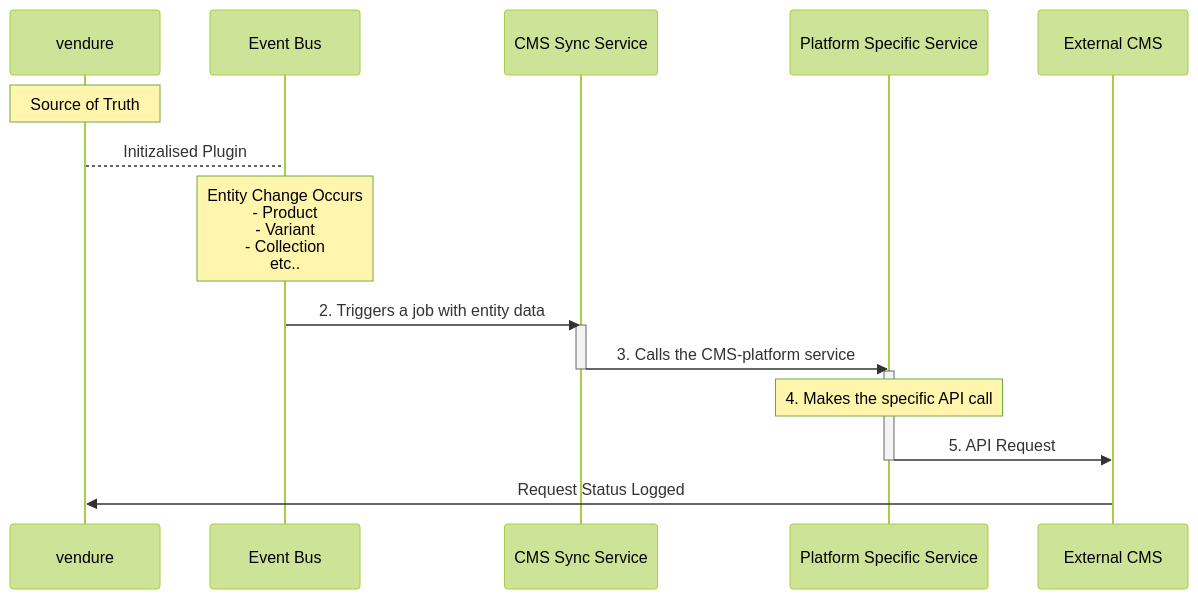
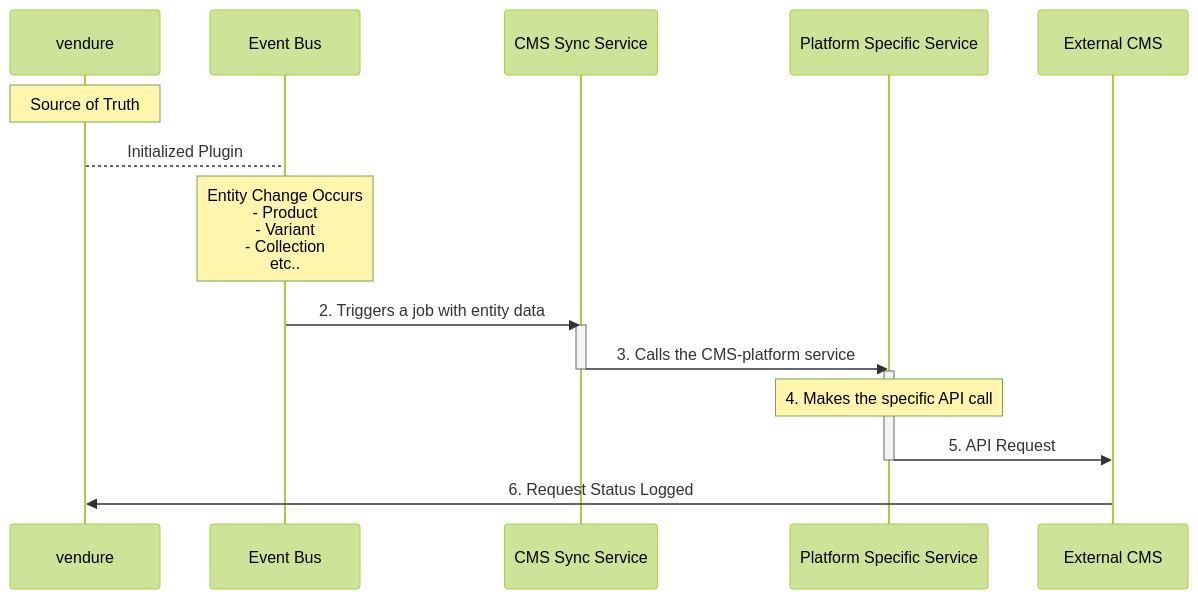
One commit to MarieHasson/novara-commerce changed the diagram in docs/docs/guides/how-to/cms-integration-plugin/index.mdx. Above: the diagram before and after it, drawn with Mermaid (forest theme).

Commit message:
docs: Fix Typo

````diff
--- a/docs/docs/guides/how-to/cms-integration-plugin/index.mdx
+++ b/docs/docs/guides/how-to/cms-integration-plugin/index.mdx
@@ -48,28 +48,28 @@
 ```mermaid
 
 sequenceDiagram
     participant vendure as vendure
     participant Bus as Event Bus
     participant Sync as CMS Sync Service
     participant Platform as Platform Specific Service
     participant CMS as External CMS
 
     Note over vendure: Source of Truth
 
-    vendure --> Bus: Initizalised Plugin
+    vendure --> Bus: Initialized Plugin
 
     Note over Bus: Entity Change Occurs<br/> - Product<br/> - Variant<br/> - Collection<br/>etc..
 
     Bus->>Sync: 2. Triggers a job with entity data
     activate Sync
 
     Sync->>Platform: 3. Calls the CMS-platform service
     deactivate Sync
 
     activate Platform
     Note over Platform: 4. Makes the specific API call
     Platform->>CMS: 5. API Request
     deactivate Platform
 
-    CMS ->> vendure: Request Status Logged
+    CMS ->> vendure: 6. Request Status Logged
 ```
````
